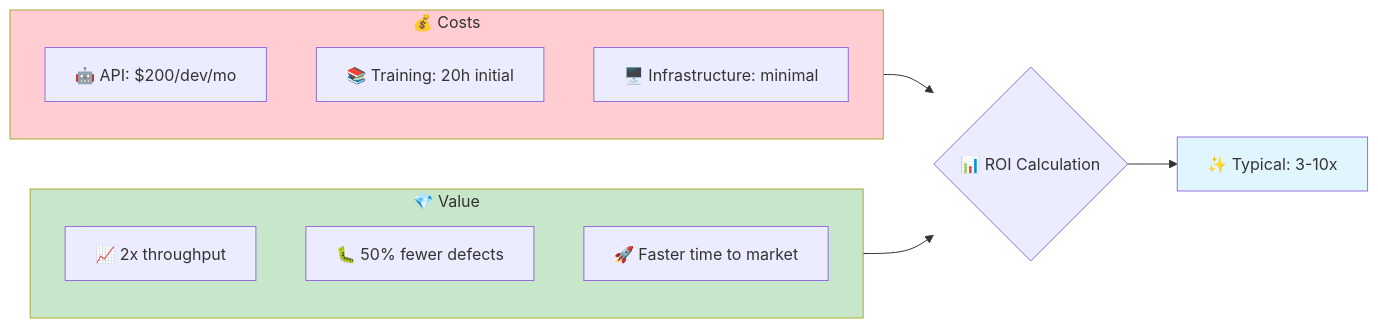
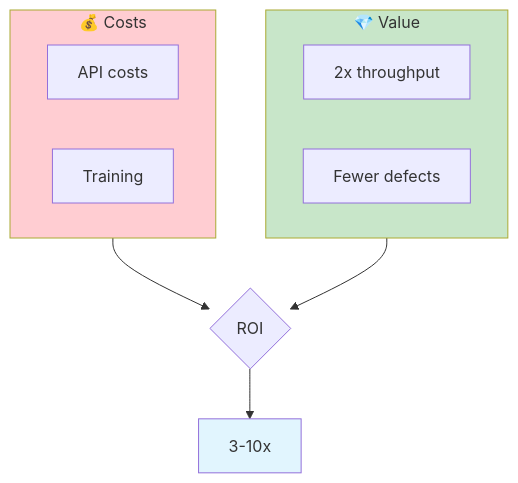
Before and after one commit to TheBushidoCollective/han: the third of 3 diagrams in website/content/papers/ai-dlc-2026/runbooks/adoption/metrics-measurement.md, drawn with Mermaid. The commit also changed other lines of this file and 21 other files, not shown here.

First line of the commit message:
fix(website): convert all AI-DLC runbook Mermaid diagrams to TB layout

````diff
--- a/website/content/papers/ai-dlc-2026/runbooks/adoption/metrics-measurement.md
+++ b/website/content/papers/ai-dlc-2026/runbooks/adoption/metrics-measurement.md
@@ -165,22 +157,21 @@
 ```mermaid
-flowchart LR
+flowchart TB
     subgraph Costs["💰 Costs"]
-        C1[🤖 API: $200/dev/mo]
-        C2[📚 Training: 20h initial]
-        C3[🖥️ Infrastructure: minimal]
+        C1[API costs]
+        C2[Training]
     end
 
+    Costs --> ROI
+
     subgraph Value["💎 Value"]
-        V1[📈 2x throughput]
-        V2[🐛 50% fewer defects]
-        V3[🚀 Faster time to market]
+        V1[2x throughput]
+        V2[Fewer defects]
     end
 
-    Costs --> ROI{📊 ROI Calculation}
     Value --> ROI
-    ROI --> Result[✨ Typical: 3-10x]
+    ROI{ROI} --> Result[3-10x]
 
     style Costs fill:#ffcdd2
     style Value fill:#c8e6c9
     style Result fill:#e1f5fe
 ```
````
